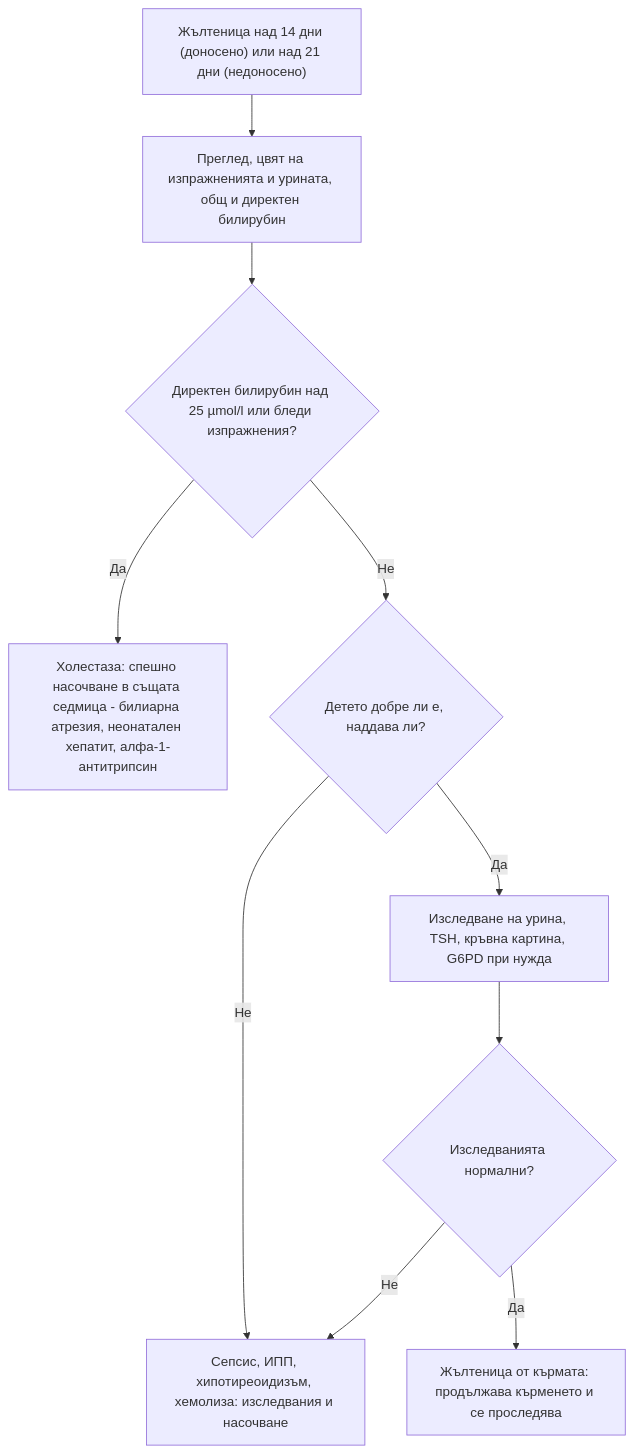
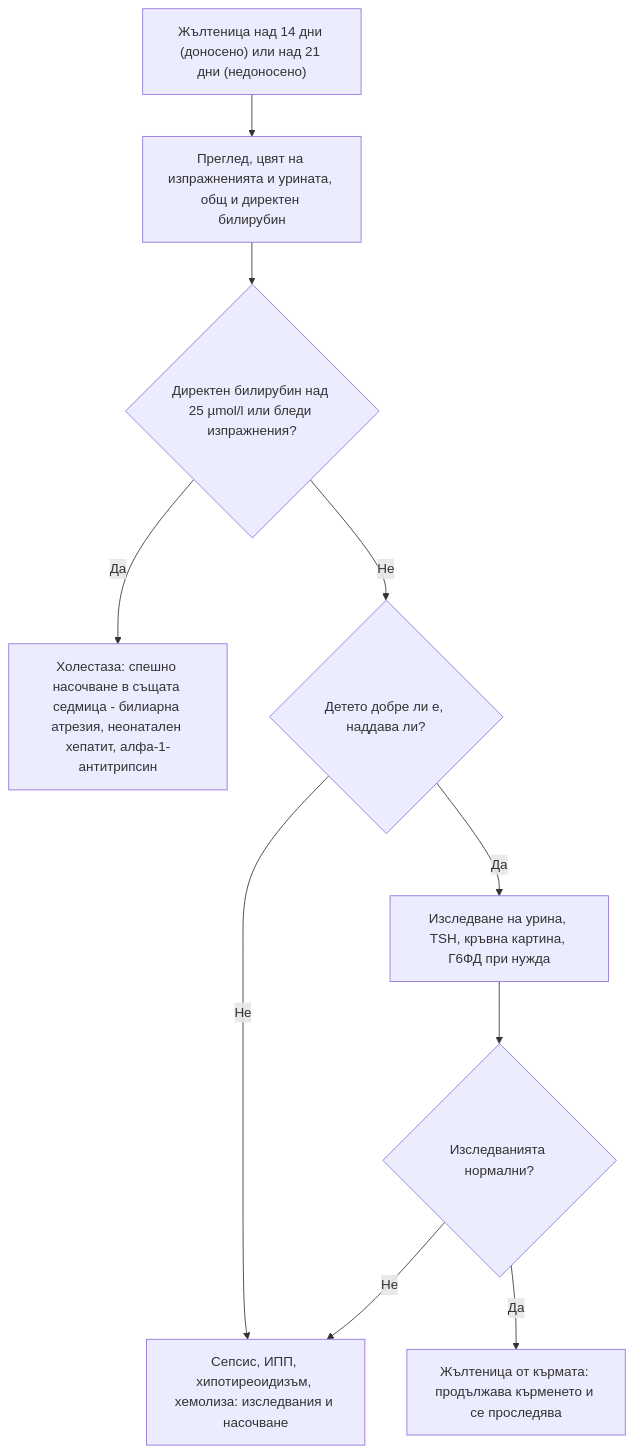
One commit to yancho26/yancho changed the diagram in glavi/73-novorodeno-karmache.md. Above: the diagram before and after it, drawn with Mermaid. The commit also changed other lines of this file and 5 other files, not shown here.

````diff
--- a/glavi/73-novorodeno-karmache.md
+++ b/glavi/73-novorodeno-karmache.md
@@ -191,12 +191,12 @@
 ```mermaid
 flowchart TD
     A["Жълтеница над 14 дни (доносено) или над 21 дни (недоносено)"] --> B["Преглед, цвят на изпражненията и урината, общ и директен билирубин"]
     B --> C{"Директен билирубин над 25 µmol/l или бледи изпражнения?"}
     C -->|Да| D["Холестаза: спешно насочване в същата седмица - билиарна атрезия, неонатален хепатит, алфа-1-антитрипсин"]
     C -->|Не| E{"Детето добре ли е, наддава ли?"}
     E -->|Не| F["Сепсис, ИПП, хипотиреоидизъм, хемолиза: изследвания и насочване"]
-    E -->|Да| G["Изследване на урина, TSH, кръвна картина, G6PD при нужда"]
+    E -->|Да| G["Изследване на урина, TSH, кръвна картина, Г6ФД при нужда"]
     G --> H{"Изследванията нормални?"}
     H -->|Да| I["Жълтеница от кърмата: продължава кърменето и се проследява"]
     H -->|Не| F
 ```
````
